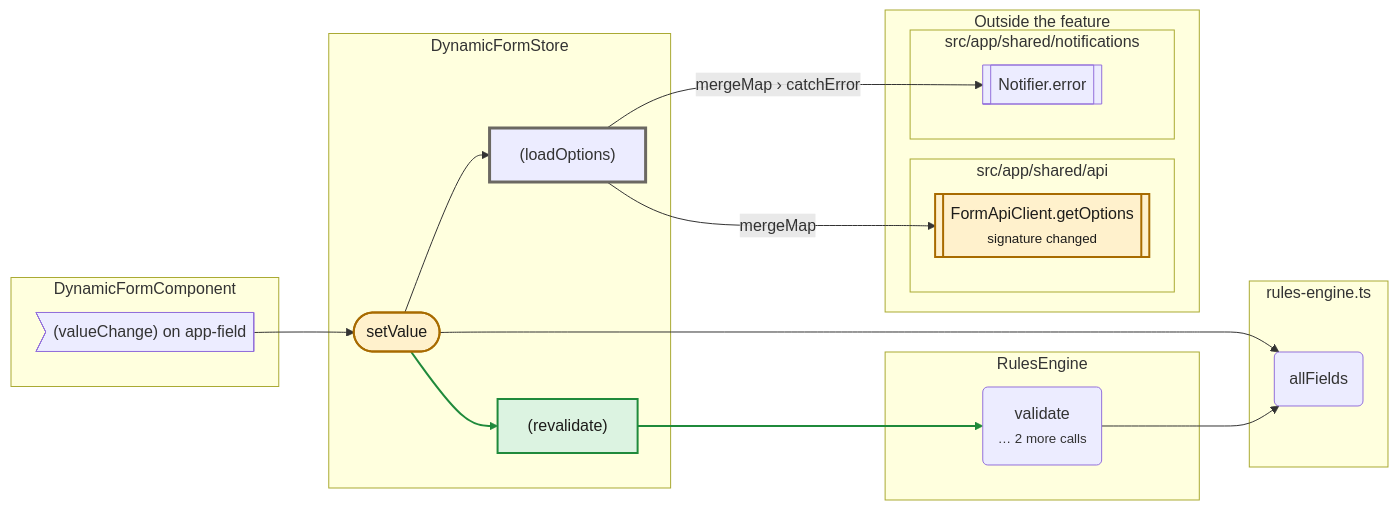
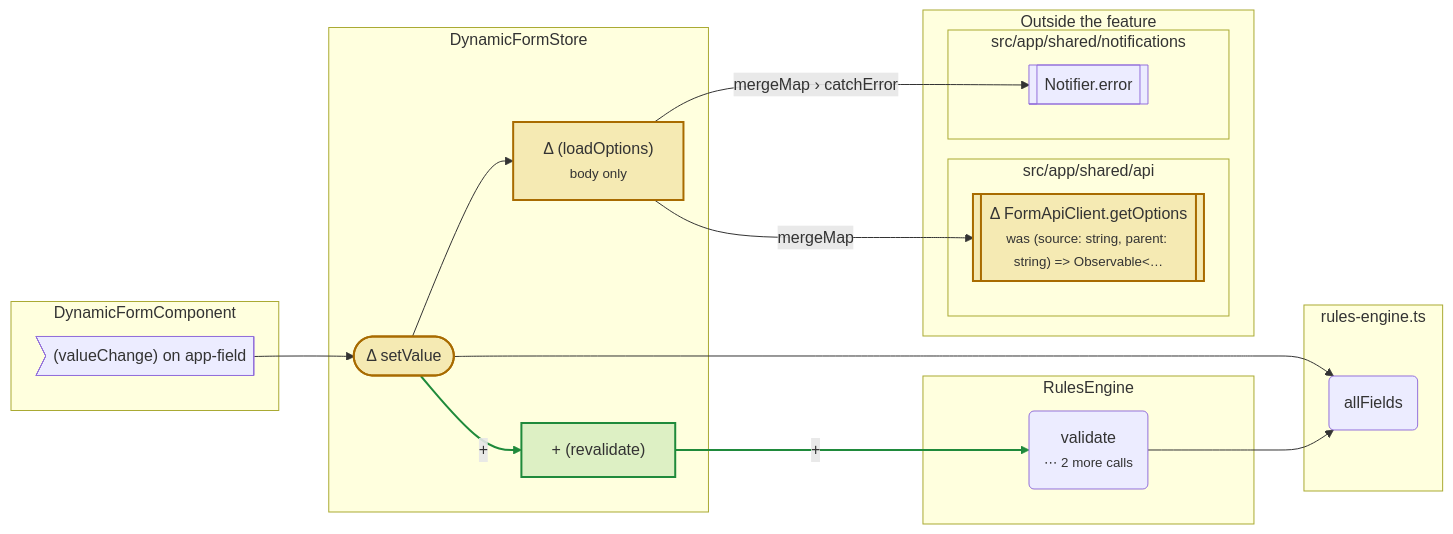
One commit to tstapleton/playground changed the third of 6 diagrams in examples/callgraph-diff/comment.md. Above: the diagram before and after it, drawn with Mermaid. The commit also changed other lines of this file and 3 other files, not shown here.

First line of the commit message:
Regenerate the call graph demo, and note that signal-trace became plotline

````diff
--- a/examples/callgraph-diff/comment.md
+++ b/examples/callgraph-diff/comment.md
@@ -109,41 +147,39 @@
 ```mermaid
 flowchart LR
   subgraph g0["DynamicFormStore"]
-    n1["(loadOptions)"]
-    n2["(revalidate)"]
-    n3(["setValue"])
+    n1["Δ (loadOptions)<br/><small>body only</small>"]
+    n2["+ (revalidate)"]
+    n3(["Δ setValue"])
   end
   subgraph g1["RulesEngine"]
-    n4("validate<br/><small>… 2 more calls</small>")
+    n4("validate<br/><small>⋯ 2 more calls</small>")
   end
   subgraph g2["DynamicFormComponent"]
     n0>"(valueChange) on app-field"]
   end
   subgraph g3["rules-engine.ts"]
     n5("allFields")
   end
   subgraph outside["Outside the feature"]
     subgraph g4["src/app/shared/api"]
-      n6[["FormApiClient.getOptions<br/><small>signature changed</small>"]]
+      n6[["Δ FormApiClient.getOptions<br/><small>was (source: string, parent: string) =#gt; Observable#lt;…</small>"]]
     end
     subgraph g5["src/app/shared/notifications"]
       n7[["Notifier.error"]]
     end
   end
   n0 --> n3
   n1 -->|"mergeMap"| n6
   n1 -->|"mergeMap › catchError"| n7
-  n2 --> n4
+  n2 -->|"+"| n4
   n3 --> n1
-  n3 --> n2
+  n3 -->|"+"| n2
   n3 --> n5
   n4 --> n5
-  classDef added fill:#dcf3e1,stroke:#1f8a3b,stroke-width:2px,color:#1d1c1a
+  classDef added fill:#2ea04329,stroke:#1f8a3b,stroke-width:2px
   class n2 added
-  classDef structural fill:#fff1cc,stroke:#a86b00,stroke-width:2px,color:#1d1c1a
-  class n3,n6 structural
-  classDef implementation stroke:#6b6862,stroke-width:3px
-  class n1 implementation
+  classDef changed fill:#d4a72c3d,stroke:#a86b00,stroke-width:2px
+  class n1,n3,n6 changed
   linkStyle 3 stroke:#1f8a3b,stroke-width:2px
   linkStyle 5 stroke:#1f8a3b,stroke-width:2px
 ```
````
